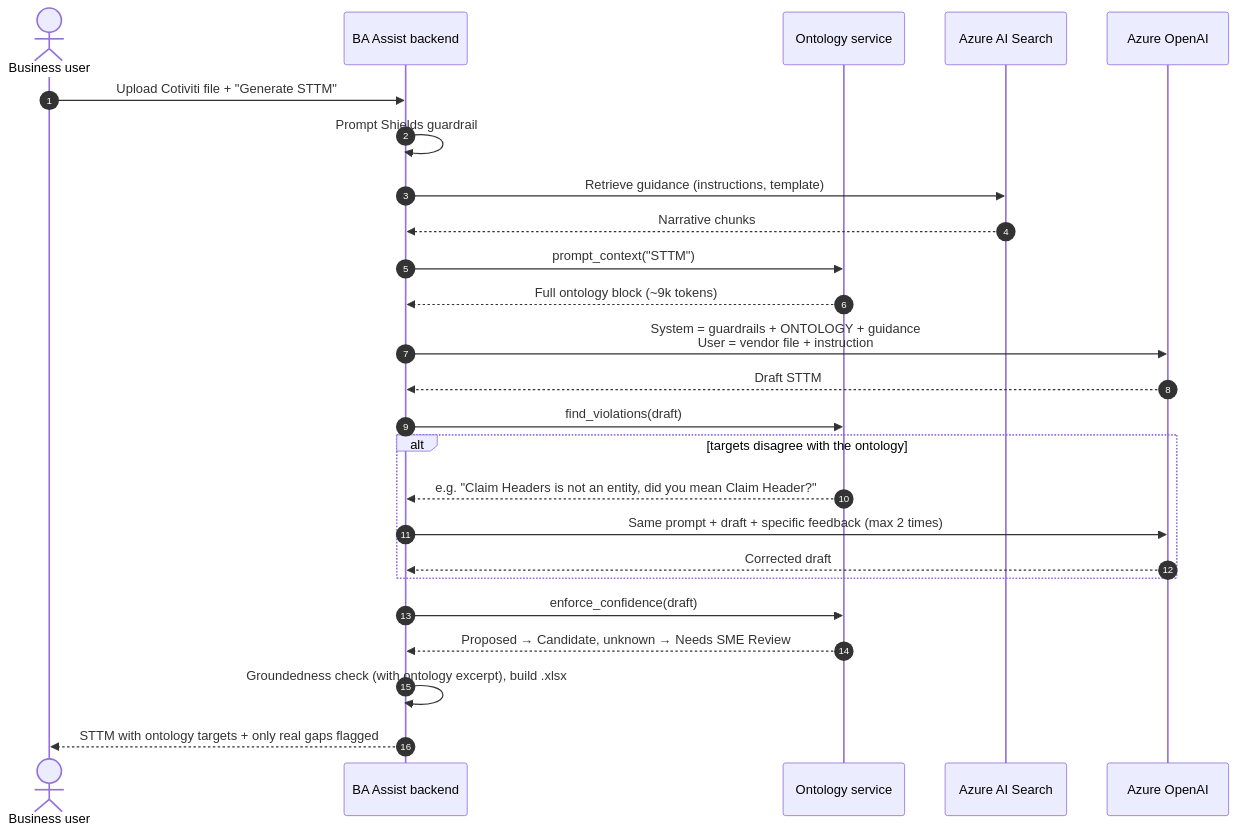
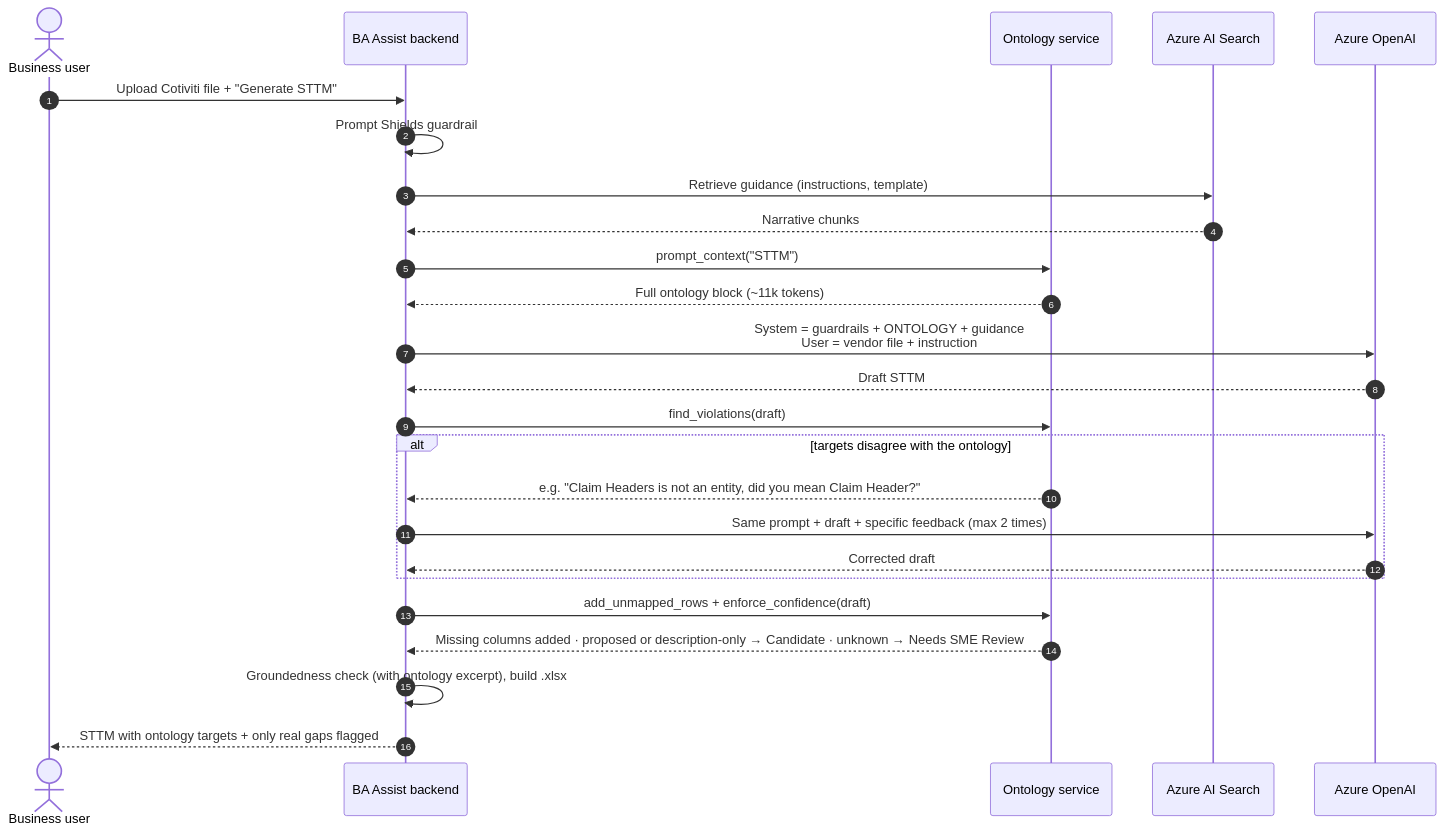
One commit to oterademoacrisure/P_Backend_FastAPI_Azure changed the eighth of 11 diagrams in ontology.md. Above: the diagram before and after it, drawn with Mermaid. The commit also changed other lines of this file, not shown here.

````diff
--- a/ontology.md
+++ b/ontology.md
@@ -531,28 +625,28 @@
 ```mermaid
 sequenceDiagram
     autonumber
     actor BA as Business user
     participant API as BA Assist backend
     participant ONT as Ontology service
     participant AIS as Azure AI Search
     participant AOAI as Azure OpenAI
 
     BA->>API: Upload Cotiviti file + "Generate STTM"
     API->>API: Prompt Shields guardrail
     API->>AIS: Retrieve guidance (instructions, template)
     AIS-->>API: Narrative chunks
     API->>ONT: prompt_context("STTM")
-    ONT-->>API: Full ontology block (~9k tokens)
+    ONT-->>API: Full ontology block (~11k tokens)
     API->>AOAI: System = guardrails + ONTOLOGY + guidance<br/>User = vendor file + instruction
     AOAI-->>API: Draft STTM
     API->>ONT: find_violations(draft)
     alt targets disagree with the ontology
         ONT-->>API: e.g. "Claim Headers is not an entity, did you mean Claim Header?"
         API->>AOAI: Same prompt + draft + specific feedback (max 2 times)
         AOAI-->>API: Corrected draft
     end
-    API->>ONT: enforce_confidence(draft)
-    ONT-->>API: Proposed → Candidate, unknown → Needs SME Review
+    API->>ONT: add_unmapped_rows + enforce_confidence(draft)
+    ONT-->>API: Missing columns added · proposed or description-only → Candidate · unknown → Needs SME Review
     API->>API: Groundedness check (with ontology excerpt), build .xlsx
     API-->>BA: STTM with ontology targets + only real gaps flagged
 ```
````
